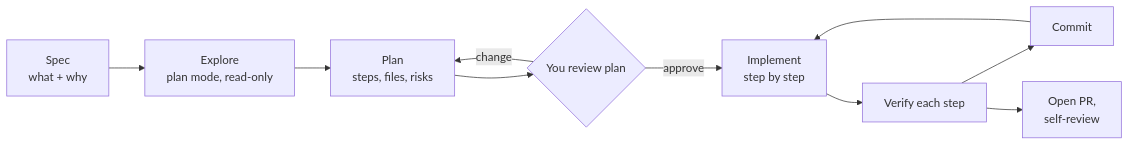
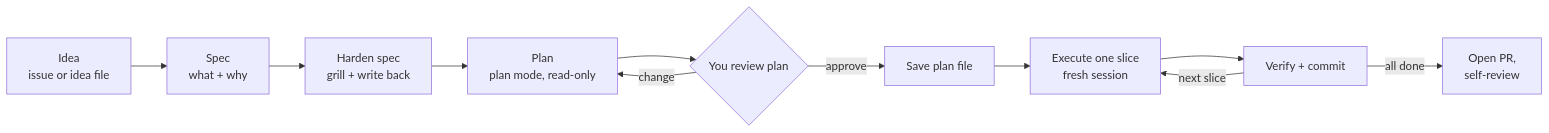
One commit to tomschinelli/ai-engineering-guide changed the first of 4 diagrams in levels/L3-spec-plan-code.md. Above: the diagram before and after it, drawn with Mermaid. The commit also changed other lines of this file and 1 other file, not shown here.

First line of the commit message:
L3: rework workflow to Spec → Plan → Slices → PR

````diff
--- a/levels/L3-spec-plan-code.md
+++ b/levels/L3-spec-plan-code.md
@@ -10,12 +10,13 @@
 ```mermaid
 flowchart LR
-    S[Spec<br/>what + why] --> E[Explore<br/>plan mode, read-only]
-    E --> P[Plan<br/>steps, files, risks]
+    I[Idea<br/>issue or idea file] --> S[Spec<br/>what + why]
+    S --> H[Harden spec<br/>grill + write back]
+    H --> P[Plan<br/>plan mode, read-only]
     P --> R{You review plan}
     R -- change --> P
-    R -- approve --> I[Implement<br/>step by step]
-    I --> V[Verify each step]
-    V --> C[Commit]
-    C --> I
-    V --> PR[Open PR,<br/>self-review]
+    R -- approve --> F[Save plan file]
+    F --> X[Execute one slice<br/>fresh session]
+    X --> V[Verify + commit]
+    V -- next slice --> X
+    V -- all done --> PR[Open PR,<br/>self-review]
 ```
````
